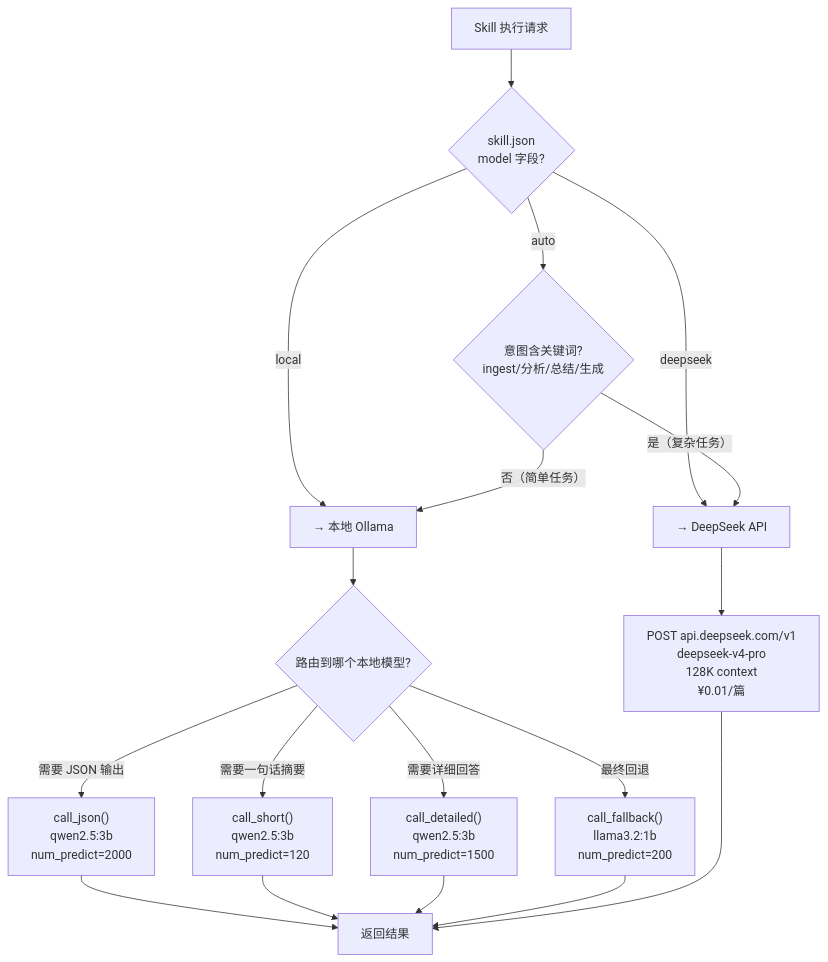
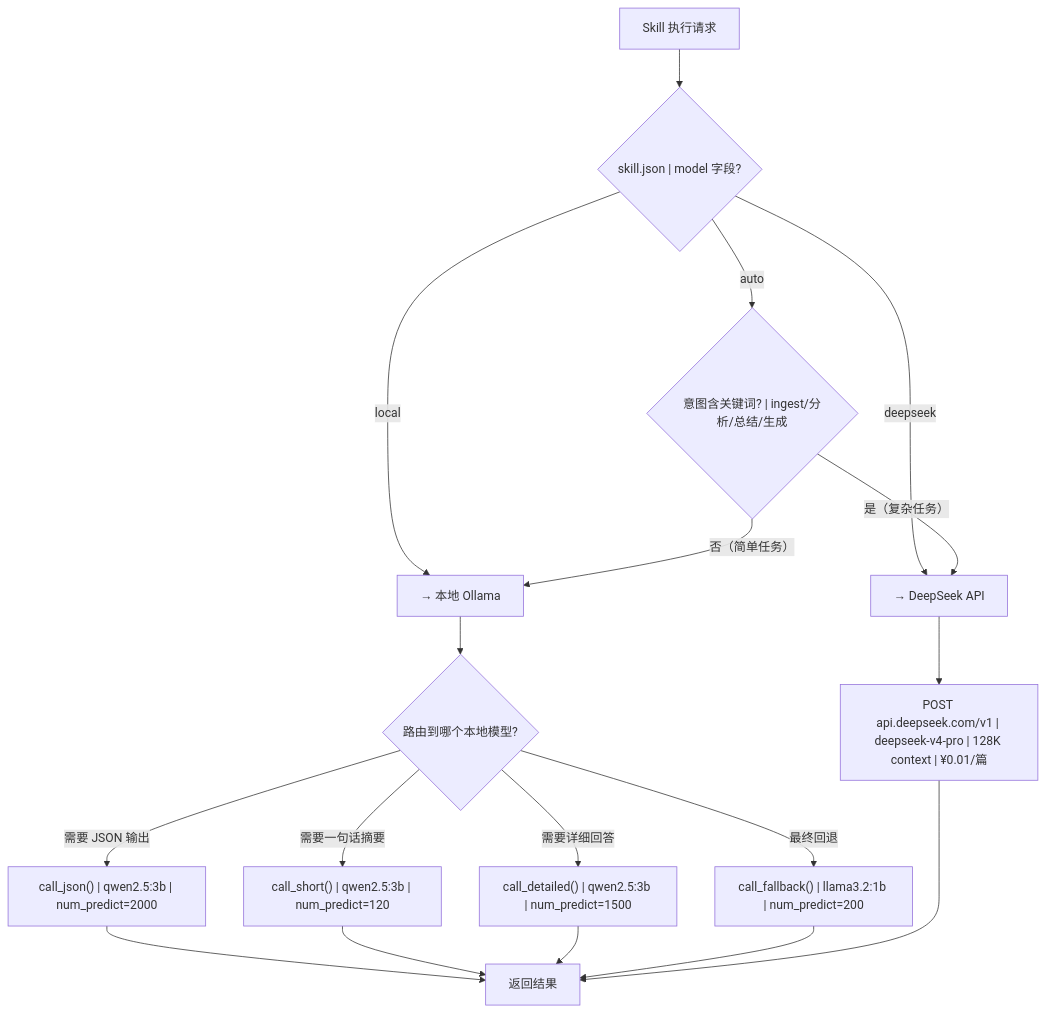
One commit to JXY001A/knowledge-wiki changed the seventh of 8 diagrams in wiki/综合分析/2026-05-23 Phase 2 实现详细流程图.md. Above: the diagram before and after it, drawn with Mermaid. The commit also changed other lines of this file, not shown here.

````diff
--- a/wiki/综合分析/2026-05-23 Phase 2 实现详细流程图.md
+++ b/wiki/综合分析/2026-05-23 Phase 2 实现详细流程图.md
@@ -373,26 +373,26 @@
 ```mermaid
 flowchart TD
-    Request["Skill 执行请求"] --> SkillModel{"skill.json<br/>model 字段?"}
+    Request["Skill 执行请求"] --> SkillModel{"skill.json | model 字段?"}
 
     SkillModel -->|"deepseek"| DS["→ DeepSeek API"]
     SkillModel -->|"local"| Local["→ 本地 Ollama"]
-    SkillModel -->|"auto"| Auto{"意图含关键词?<br/>ingest/分析/总结/生成"}
+    SkillModel -->|"auto"| Auto{"意图含关键词? | ingest/分析/总结/生成"}
 
     Auto -->|"是（复杂任务）"| DS
     Auto -->|"否（简单任务）"| Local
 
-    DS --> DSDetail["POST api.deepseek.com/v1<br/>deepseek-v4-pro<br/>128K context<br/>¥0.01/篇"]
+    DS --> DSDetail["POST api.deepseek.com/v1 | deepseek-v4-pro | 128K context | ¥0.01/篇"]
 
     Local --> Route{"路由到哪个本地模型?"}
 
-    Route -->|"需要 JSON 输出"| Qwen3B["call_json()<br/>qwen2.5:3b<br/>num_predict=2000"]
-    Route -->|"需要一句话摘要"| Short["call_short()<br/>qwen2.5:3b<br/>num_predict=120"]
-    Route -->|"需要详细回答"| Detail["call_detailed()<br/>qwen2.5:3b<br/>num_predict=1500"]
-    Route -->|"最终回退"| Fallback["call_fallback()<br/>llama3.2:1b<br/>num_predict=200"]
+    Route -->|"需要 JSON 输出"| Qwen3B["call_json() | qwen2.5:3b | num_predict=2000"]
+    Route -->|"需要一句话摘要"| Short["call_short() | qwen2.5:3b | num_predict=120"]
+    Route -->|"需要详细回答"| Detail["call_detailed() | qwen2.5:3b | num_predict=1500"]
+    Route -->|"最终回退"| Fallback["call_fallback() | llama3.2:1b | num_predict=200"]
 
     Qwen3B --> Output["返回结果"]
     Short --> Output
     Detail --> Output
     Fallback --> Output
     DSDetail --> Output
 ```
````
